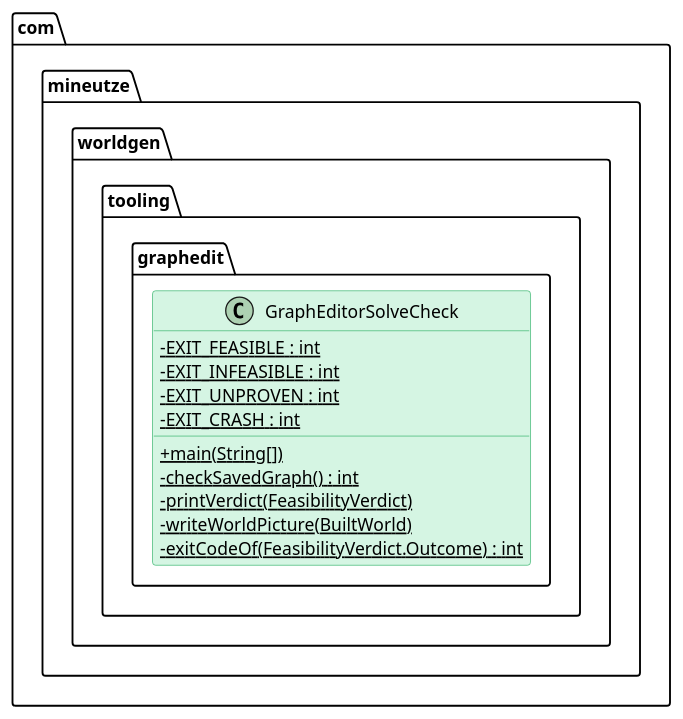
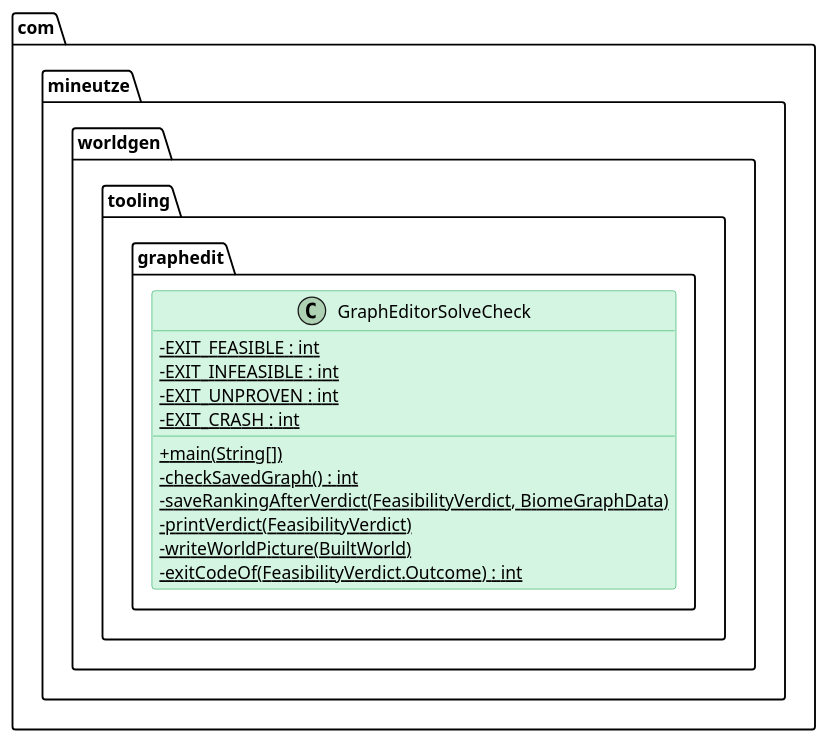
The diagram in companion-mods/mineutze-worldgen/doc/Modelisation/ClassDiagram/com/mineutze/worldgen/tooling/graphedit/GraphEditorSolveCheck.puml (Boulede987/Mine-Utz), drawn with PlantUML before and after one commit. The commit also changed 45 other files, not shown here.

First line of the commit message:
docs(worldgen): regenerate class diagrams for the Verify run

```diff
--- a/companion-mods/mineutze-worldgen/doc/Modelisation/ClassDiagram/com/mineutze/worldgen/tooling/graphedit/GraphEditorSolveCheck.puml
+++ b/companion-mods/mineutze-worldgen/doc/Modelisation/ClassDiagram/com/mineutze/worldgen/tooling/graphedit/GraphEditorSolveCheck.puml
@@ -1,46 +1,47 @@
 @startuml GraphEditorSolveCheck
 
 skinparam classAttributeIconSize 0
 skinparam shadowing false
 
 skinparam class {
   BackgroundColor<<interface>> #D6EAF8
   BorderColor<<interface>> #2E86C1
 }
 skinparam class {
   BackgroundColor<<abstract>> #E8DAEF
   BorderColor<<abstract>> #8E44AD
 }
 skinparam class {
   BackgroundColor #D5F5E3
   BorderColor #27AE60
 }
 skinparam class {
   BackgroundColor<<record>> #FCF3CF
   BorderColor<<record>> #B7950B
 }
 skinparam class {
   BackgroundColor<<static>> #a7faa0
   BorderColor<<static>> #38d610
 }
 skinparam class {
   BackgroundColor<<enum>> #F5B7B1
   BorderColor<<enum>> #C0392B
 }
 
 namespace com.mineutze.worldgen.tooling.graphedit {
 class GraphEditorSolveCheck {
   - {static} EXIT_FEASIBLE : int
   - {static} EXIT_INFEASIBLE : int
   - {static} EXIT_UNPROVEN : int
   - {static} EXIT_CRASH : int
   + {static} main(String[])
   - {static} checkSavedGraph() : int
+  - {static} saveRankingAfterVerdict(FeasibilityVerdict, BiomeGraphData)
   - {static} printVerdict(FeasibilityVerdict)
   - {static} writeWorldPicture(BuiltWorld)
   - {static} exitCodeOf(FeasibilityVerdict.Outcome) : int
 }
 }
 
 
 @enduml
```
